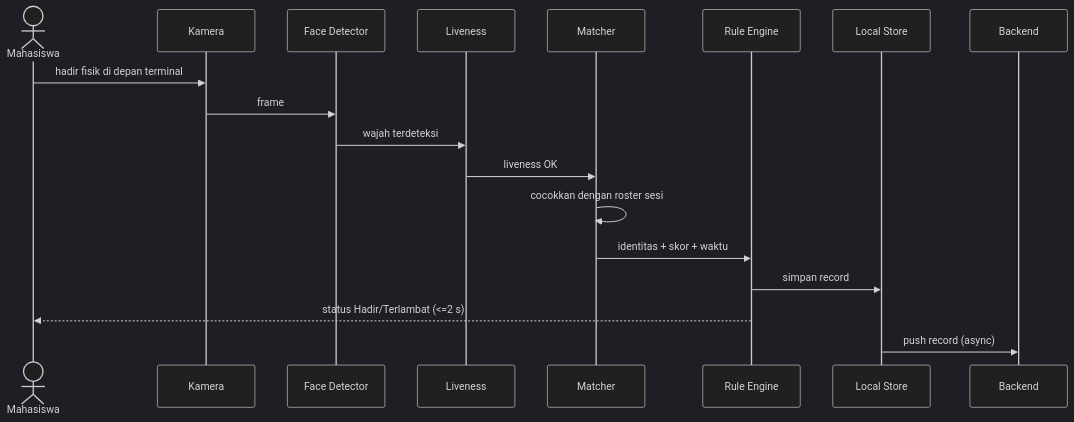
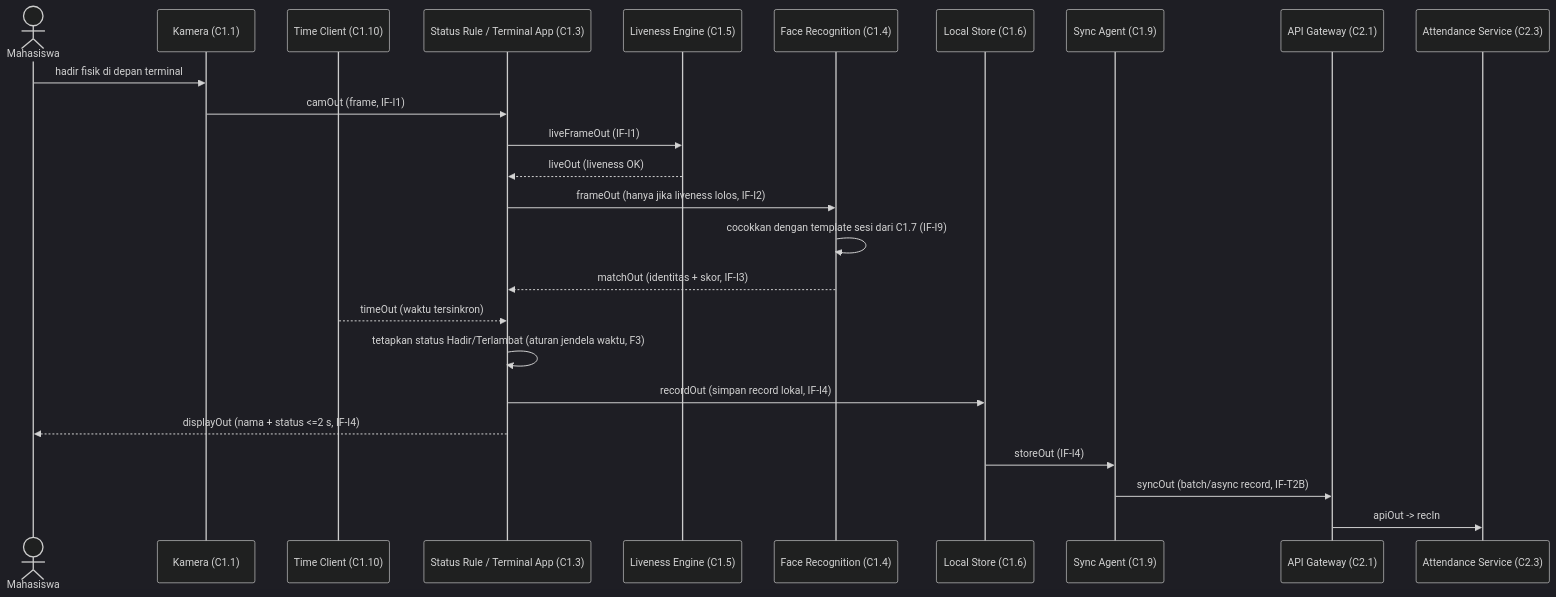
Before and after one commit to JhonsJSSimatupang/Proyek-Rekayasa-Sistem-Komputer-: the third of 5 diagrams in 02_DOKUMENTASI_SUMBER/S4_UseCase_Sequence.md, drawn with Mermaid (dark theme). The commit also changed other lines of this file and 34 other files, not shown here.

````diff
--- a/02_DOKUMENTASI_SUMBER/S4_UseCase_Sequence.md
+++ b/02_DOKUMENTASI_SUMBER/S4_UseCase_Sequence.md
@@ -200,21 +211,28 @@
 ```mermaid
 sequenceDiagram
   actor M as Mahasiswa
-  participant K as Kamera
-  participant DET as Face Detector
-  participant LV as Liveness
-  participant MT as Matcher
-  participant R as Rule Engine
-  participant LS as Local Store
-  participant BE as Backend
+  participant K as Kamera (C1.1)
+  participant TC as Time Client (C1.10)
+  participant T as Status Rule / Terminal App (C1.3)
+  participant LV as Liveness Engine (C1.5)
+  participant FR as Face Recognition (C1.4)
+  participant LS as Local Store (C1.6)
+  participant SA as Sync Agent (C1.9)
+  participant GW as API Gateway (C2.1)
+  participant AS as Attendance Service (C2.3)
 
   M->>K: hadir fisik di depan terminal
-  K->>DET: frame
-  DET->>LV: wajah terdeteksi
-  LV->>MT: liveness OK
-  MT->>MT: cocokkan dengan roster sesi
-  MT->>R: identitas + skor + waktu
-  R->>LS: simpan record
-  R-->>M: status Hadir/Terlambat (<=2 s)
-  LS->>BE: push record (async)
+  K->>T: camOut (frame, IF-I1)
+  T->>LV: liveFrameOut (IF-I1)
+  LV-->>T: liveOut (liveness OK)
+  T->>FR: frameOut (hanya jika liveness lolos, IF-I2)
+  FR->>FR: cocokkan dengan template sesi dari C1.7 (IF-I9)
+  FR-->>T: matchOut (identitas + skor, IF-I3)
+  TC-->>T: timeOut (waktu tersinkron)
+  T->>T: tetapkan status Hadir/Terlambat (aturan jendela waktu, F3)
+  T->>LS: recordOut (simpan record lokal, IF-I4)
+  T-->>M: displayOut (nama + status <=2 s, IF-I4)
+  LS->>SA: storeOut (IF-I4)
+  SA->>GW: syncOut (batch/async record, IF-T2B)
+  GW->>AS: apiOut -> recIn
 ```
````
